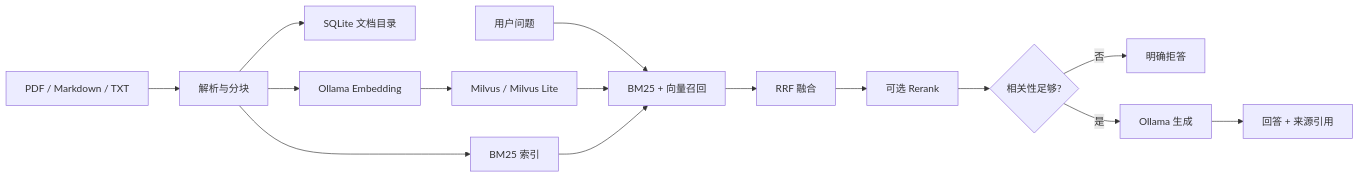
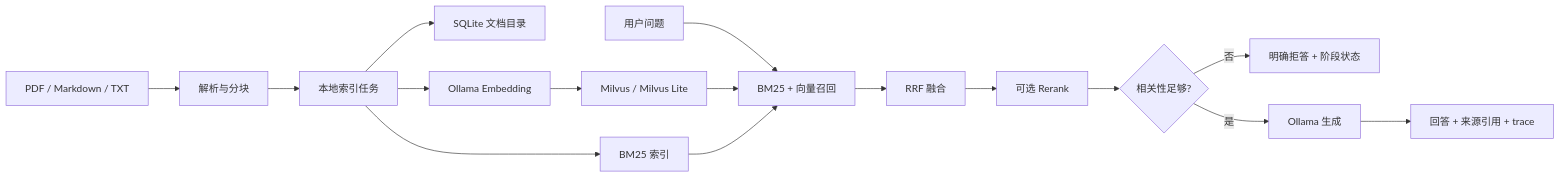
Before and after one commit to zhenkun26/Insight: the diagram in README.md, drawn with Mermaid. The commit also changed other lines of this file and 39 other files, not shown here.

````diff
--- a/README.md
+++ b/README.md
@@ -16,17 +16,18 @@
 ```mermaid
 flowchart LR
   A[PDF / Markdown / TXT] --> B[解析与分块]
-  B --> C[SQLite 文档目录]
-  B --> D[BM25 索引]
-  B --> E[Ollama Embedding]
+  B --> N[本地索引任务]
+  N --> C[SQLite 文档目录]
+  N --> D[BM25 索引]
+  N --> E[Ollama Embedding]
   E --> F[Milvus / Milvus Lite]
   Q[用户问题] --> G[BM25 + 向量召回]
   F --> G
   D --> G
   G --> H[RRF 融合]
   H --> I[可选 Rerank]
-  I --> J{相关性足够?}
-  J -->|否| K[明确拒答]
-  J -->|是| L[Ollama 生成]
-  L --> M[回答 + 来源引用]
+  I --> R{相关性足够?}
+  R -->|否| K[明确拒答 + 阶段状态]
+  R -->|是| L[Ollama 生成]
+  L --> M[回答 + 来源引用 + trace]
 ```
````
